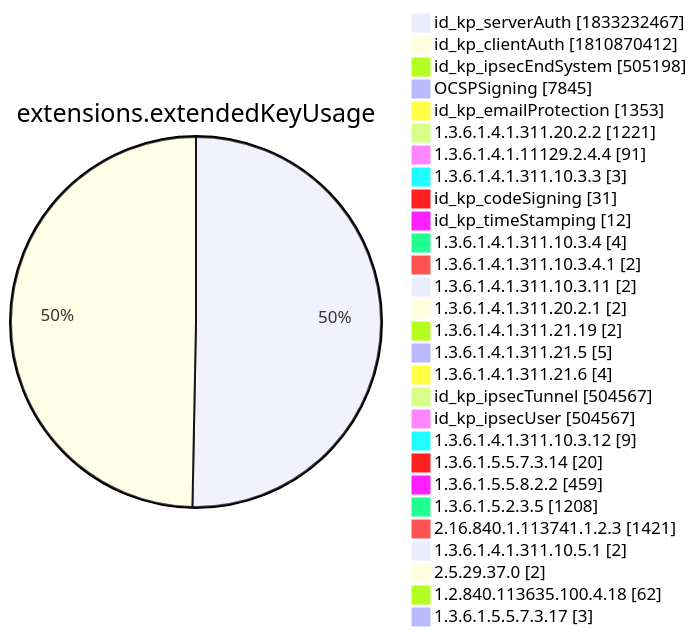
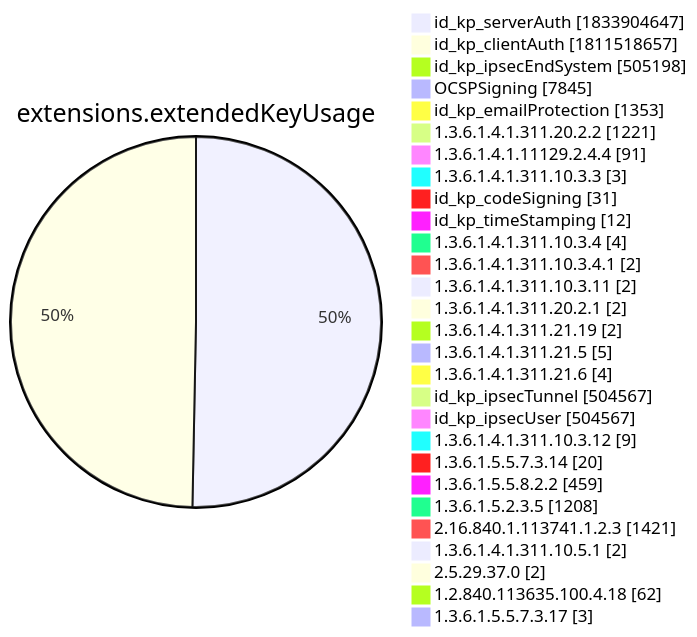
Diagram 12 of 15 in xenon2022/README.md (christiankrug/ctmonitor_visualization), drawn with Mermaid before and after one commit. The commit also changed other lines of this file, not shown here.

````diff
--- a/xenon2022/README.md
+++ b/xenon2022/README.md
@@ -3896,32 +3896,32 @@
 ```mermaid
 pie showData
 title extensions.extendedKeyUsage
-"id_kp_serverAuth" :1833232467
-"id_kp_clientAuth" :1810870412
+"id_kp_serverAuth" :1833904647
+"id_kp_clientAuth" :1811518657
 "id_kp_ipsecEndSystem" :505198
 "OCSPSigning" :7845
 "id_kp_emailProtection" :1353
 "1.3.6.1.4.1.311.20.2.2" :1221
 "1.3.6.1.4.1.11129.2.4.4" :91
 "1.3.6.1.4.1.311.10.3.3" :3
 "id_kp_codeSigning" :31
 "id_kp_timeStamping" :12
 "1.3.6.1.4.1.311.10.3.4" :4
 "1.3.6.1.4.1.311.10.3.4.1" :2
 "1.3.6.1.4.1.311.10.3.11" :2
 "1.3.6.1.4.1.311.20.2.1" :2
 "1.3.6.1.4.1.311.21.19" :2
 "1.3.6.1.4.1.311.21.5" :5
 "1.3.6.1.4.1.311.21.6" :4
 "id_kp_ipsecTunnel" :504567
 "id_kp_ipsecUser" :504567
 "1.3.6.1.4.1.311.10.3.12" :9
 "1.3.6.1.5.5.7.3.14" :20
 "1.3.6.1.5.5.8.2.2" :459
 "1.3.6.1.5.2.3.5" :1208
 "2.16.840.1.113741.1.2.3" :1421
 "1.3.6.1.4.1.311.10.5.1" :2
 "2.5.29.37.0" :2
 "1.2.840.113635.100.4.18" :62
 "1.3.6.1.5.5.7.3.17" :3
 ```
````
